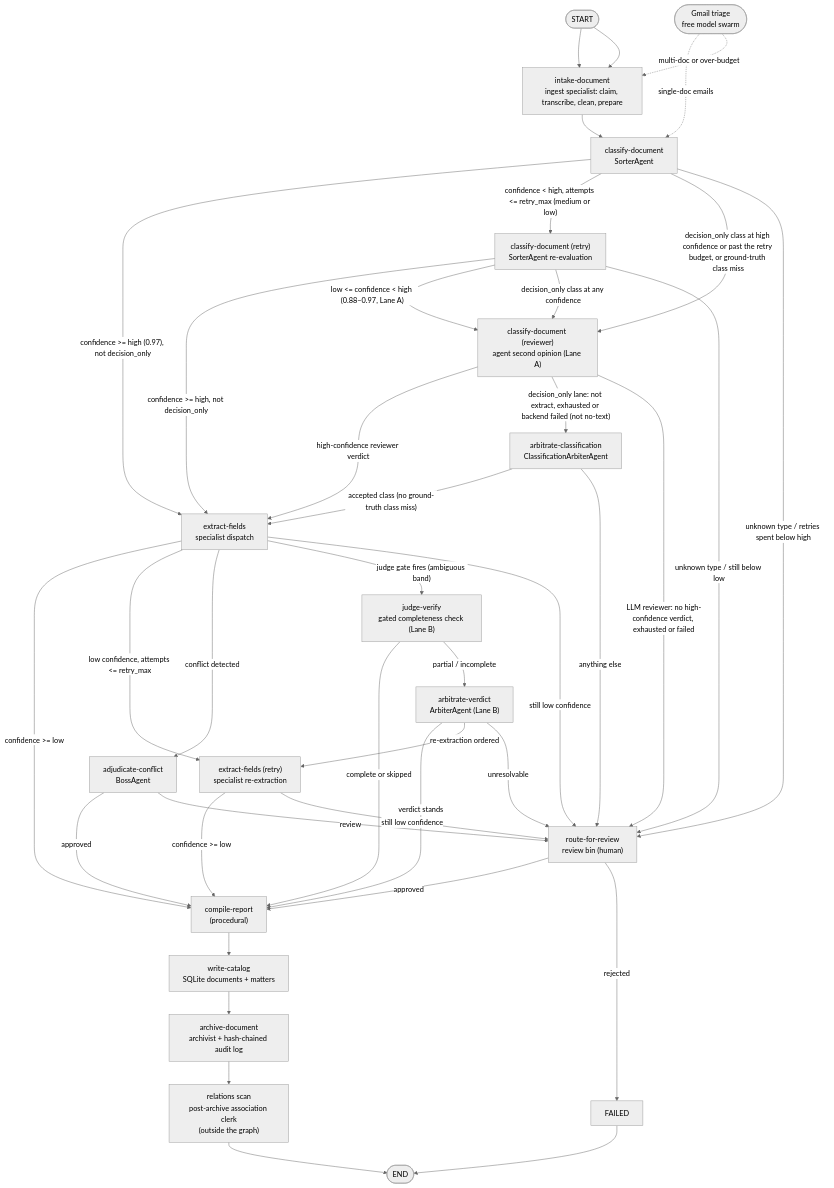
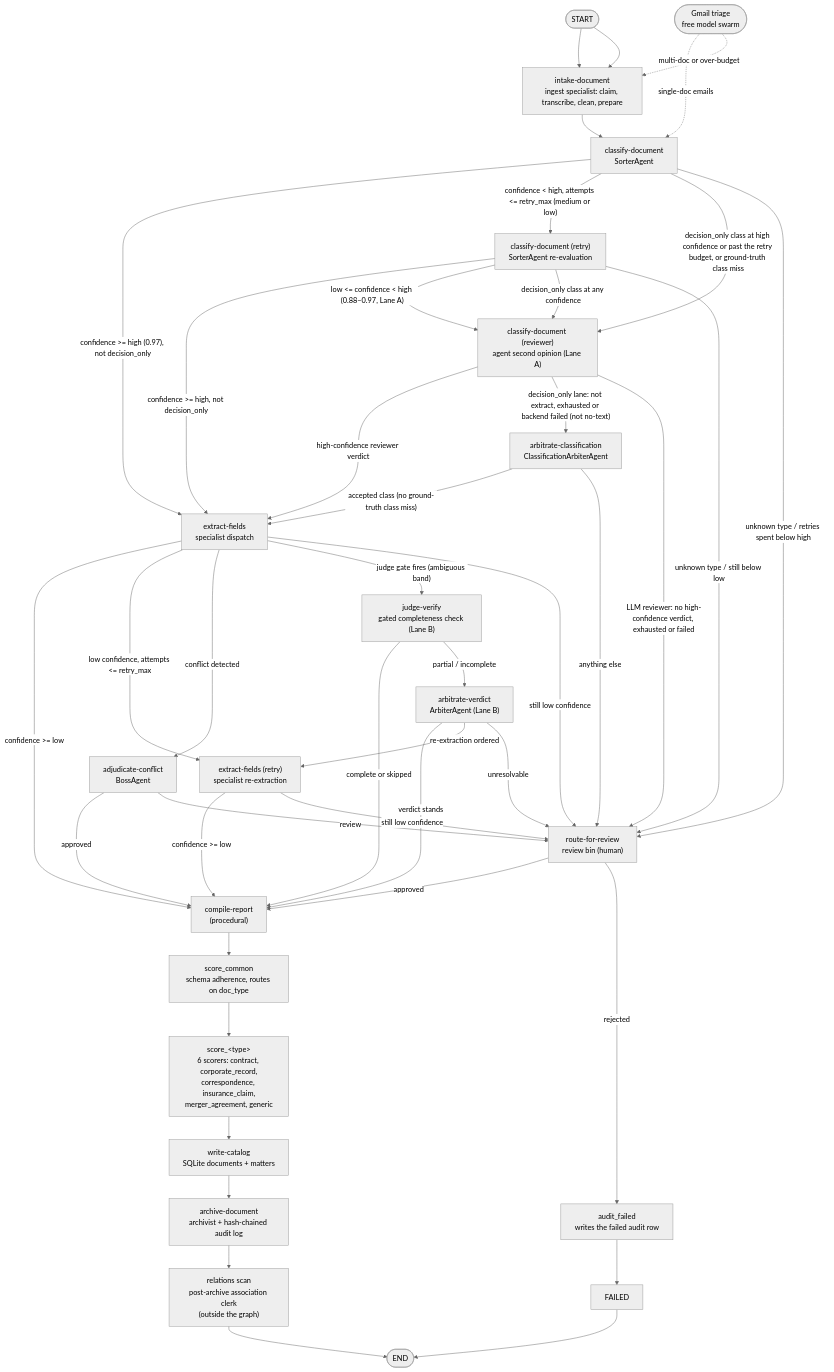
Before and after one commit to Exios66/llm-mailroom: the first of 2 diagrams in README.md, drawn with Mermaid (neutral theme). The commit also changed other lines of this file and 38 other files, not shown here.

````diff
--- a/README.md
+++ b/README.md
@@ -285,63 +286,66 @@
 ```mermaid
 %% Production routing with oracle routing off. Cutoffs shown are the global defaults; per-class overrides in taxonomy.yaml (for example corporate_record) shift them.
 flowchart TD
     START([START]) --> INTAKE
 
     INTAKE["intake-document<br/>ingest specialist: claim, transcribe, clean, prepare"]
     CLASSIFY["classify-document<br/>SorterAgent"]
     RETRY_CLASS["classify-document (retry)<br/>SorterAgent re-evaluation"]
     REVIEW_CLASS["classify-document (reviewer)<br/>agent second opinion (Lane A)"]
     CLASS_ARBITER["arbitrate-classification<br/>ClassificationArbiterAgent"]
     EXTRACT["extract-fields<br/>specialist dispatch"]
     RETRY_EXTRACT["extract-fields (retry)<br/>specialist re-extraction"]
     JUDGE["judge-verify<br/>gated completeness check (Lane B)"]
     ARBITER["arbitrate-verdict<br/>ArbiterAgent (Lane B)"]
     BOSS["adjudicate-conflict<br/>BossAgent"]
     REVIEW["route-for-review<br/>review bin (human)"]
     REPORT["compile-report<br/>(procedural)"]
+    SCORE_COMMON["score_common<br/>schema adherence, routes on doc_type"]
+    SCORE["score_&lt;type&gt;<br/>6 scorers: contract, corporate_record,<br/>correspondence, insurance_claim,<br/>merger_agreement, generic"]
+    AUDIT_FAILED["audit_failed<br/>writes the failed audit row"]
     CATALOG["write-catalog<br/>SQLite documents + matters"]
     ARCHIVE["archive-document<br/>archivist + hash-chained audit log"]
     RELATIONS["relations scan<br/>post-archive association clerk<br/>(outside the graph)"]
     FAILED["FAILED"]
     ENDX([END])
 
     START --> INTAKE
     INTAKE --> CLASSIFY
 
     CLASSIFY -- "confidence >= high (0.97), not decision_only" --> EXTRACT
     CLASSIFY -- "confidence < high, attempts <= retry_max (medium or low)" --> RETRY_CLASS
     CLASSIFY -- "decision_only class at high confidence or past the retry budget, or ground-truth class miss" --> REVIEW_CLASS
     CLASSIFY -- "unknown type / retries spent below high" --> REVIEW
     RETRY_CLASS -- "confidence >= high, not decision_only" --> EXTRACT
     RETRY_CLASS -- "low <= confidence < high (0.88–0.97, Lane A)" --> REVIEW_CLASS
     RETRY_CLASS -- "decision_only class at any confidence" --> REVIEW_CLASS
     RETRY_CLASS -- "unknown type / still below low" --> REVIEW
     REVIEW_CLASS -- "high-confidence reviewer verdict" --> EXTRACT
     REVIEW_CLASS -- "decision_only lane: not extract, exhausted or backend failed (not no-text)" --> CLASS_ARBITER
     REVIEW_CLASS -- "LLM reviewer: no high-confidence verdict, exhausted or failed" --> REVIEW
     CLASS_ARBITER -- "accepted class (no ground-truth class miss)" --> EXTRACT
     CLASS_ARBITER -- "anything else" --> REVIEW
 
     EXTRACT -- "confidence >= low" --> REPORT
     EXTRACT -- "low confidence, attempts <= retry_max" --> RETRY_EXTRACT
     EXTRACT -- "conflict detected" --> BOSS
     EXTRACT -- "judge gate fires (ambiguous band)" --> JUDGE
     EXTRACT -- "still low confidence" --> REVIEW
     RETRY_EXTRACT -- "confidence >= low" --> REPORT
     RETRY_EXTRACT -- "still low confidence" --> REVIEW
 
     JUDGE -- "complete or skipped" --> REPORT
     JUDGE -- "partial / incomplete" --> ARBITER
     ARBITER -- "verdict stands" --> REPORT
     ARBITER -- "re-extraction ordered" --> RETRY_EXTRACT
     ARBITER -- "unresolvable" --> REVIEW
     BOSS -- "approved" --> REPORT
     BOSS -- "review" --> REVIEW
     REVIEW -- "approved" --> REPORT
-    REVIEW -- "rejected" --> FAILED --> ENDX
+    REVIEW -- "rejected" --> AUDIT_FAILED --> FAILED --> ENDX
 
-    REPORT --> CATALOG --> ARCHIVE --> RELATIONS --> ENDX
+    REPORT --> SCORE_COMMON --> SCORE --> CATALOG --> ARCHIVE --> RELATIONS --> ENDX
 
     GMAIL([Gmail triage<br/>free model swarm]) -.->|single-doc emails| CLASSIFY
     GMAIL -.->|multi-doc or over-budget| INTAKE
 ```
````
